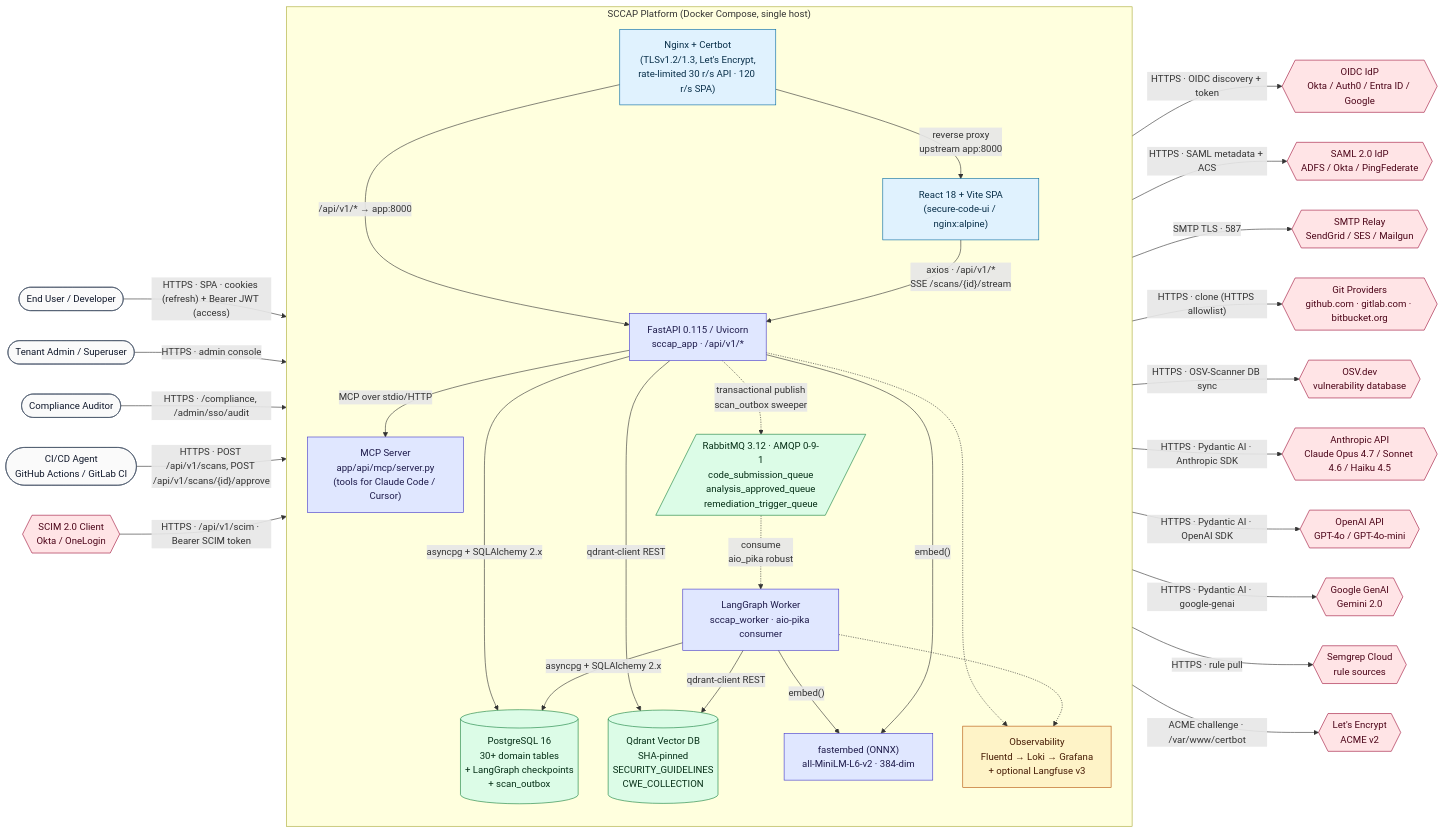
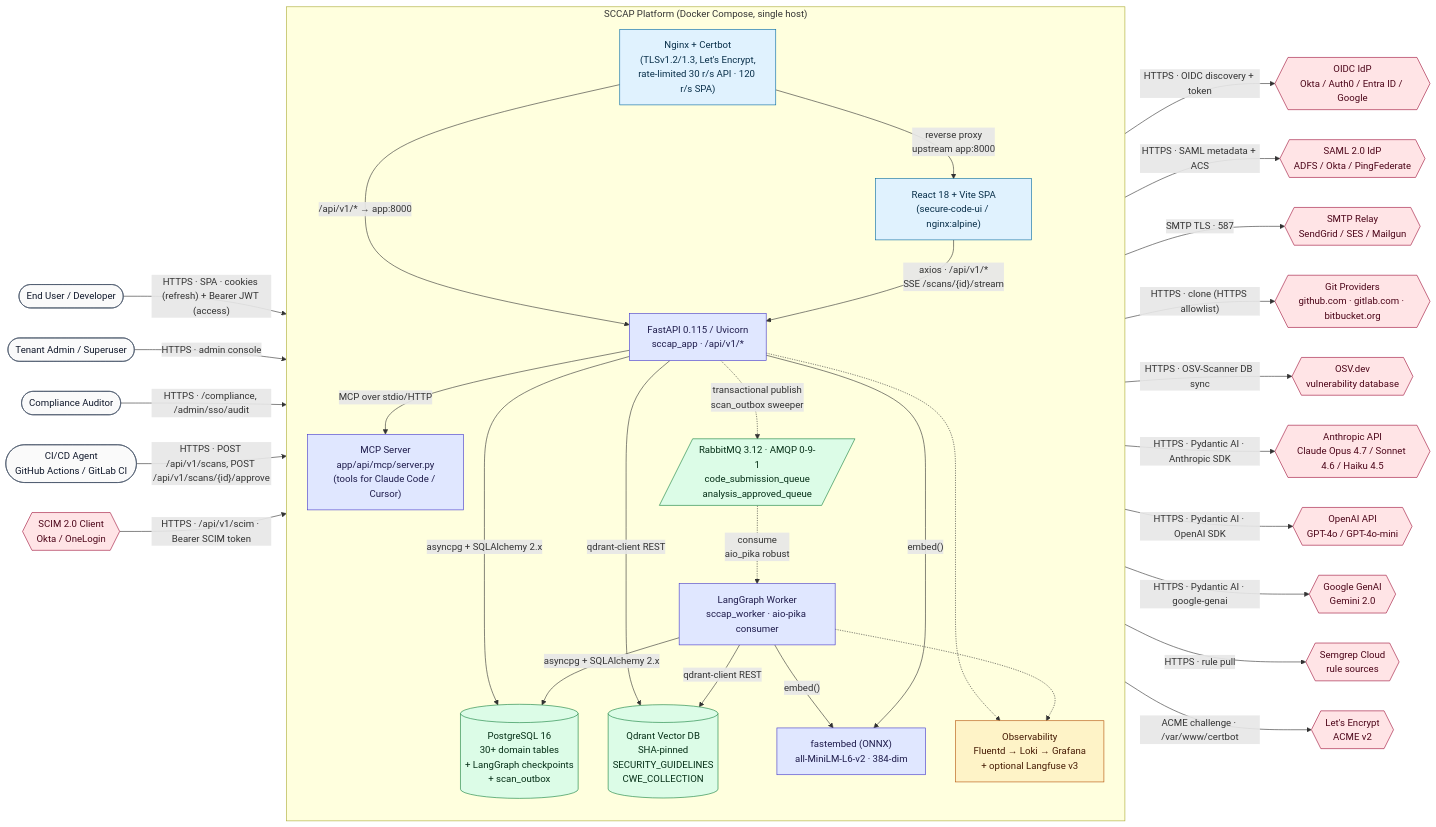
The diagram in docs/docs/architecture/diagrams/01-system-overview.md (nerdy-krishna/ai-secure-coding-compliance-platform), drawn with Mermaid before and after one commit. The commit also changed 5 other files, not shown here.

First line of the commit message:
docs(diagrams): refresh for the apply-fixes removal

```diff
--- a/docs/docs/architecture/diagrams/01-system-overview.md
+++ b/docs/docs/architecture/diagrams/01-system-overview.md
@@ -27,7 +27,7 @@
       API["FastAPI 0.115 / Uvicorn<br/>sccap_app · /api/v1/*"]:::app
       MCP["MCP Server<br/>app/api/mcp/server.py<br/>(tools for Claude Code / Cursor)"]:::app
       Worker["LangGraph Worker<br/>sccap_worker · aio-pika consumer"]:::app
-      RMQ[/"RabbitMQ 3.12 · AMQP 0-9-1<br/>code_submission_queue<br/>analysis_approved_queue<br/>remediation_trigger_queue"/]:::data
+      RMQ[/"RabbitMQ 3.12 · AMQP 0-9-1<br/>code_submission_queue<br/>analysis_approved_queue"/]:::data
       PG[("PostgreSQL 16<br/>30+ domain tables<br/>+ LangGraph checkpoints<br/>+ scan_outbox")]:::data
       QD[("Qdrant Vector DB<br/>SHA-pinned<br/>SECURITY_GUIDELINES<br/>CWE_COLLECTION")]:::data
       FB["fastembed (ONNX)<br/>all-MiniLM-L6-v2 · 384-dim"]:::app
```
